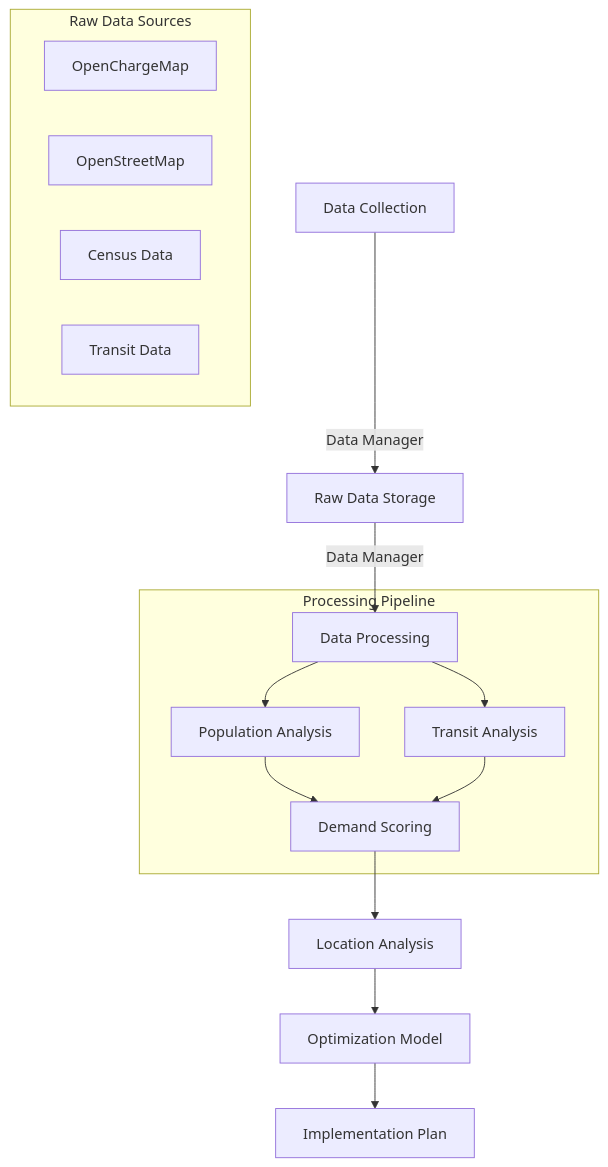
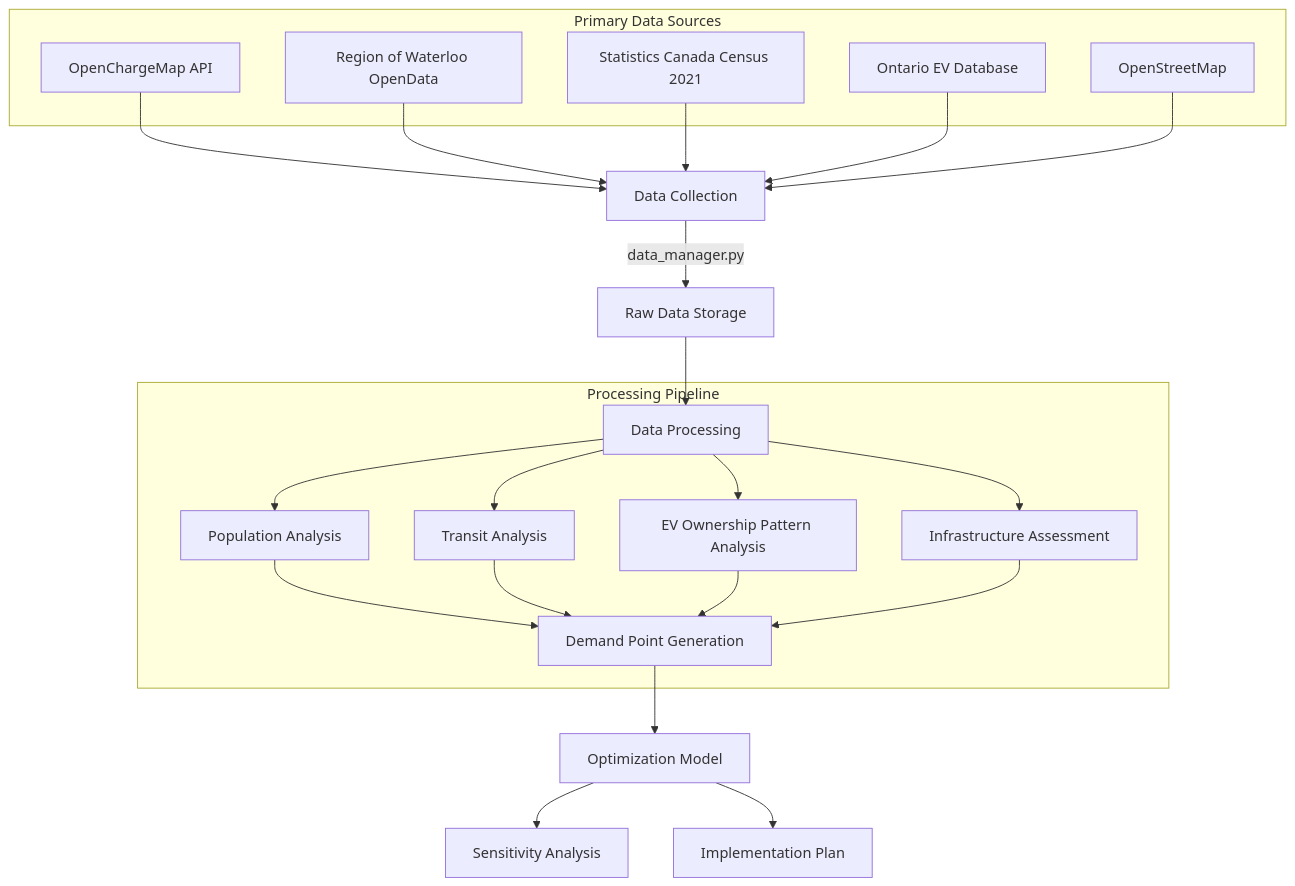
The first of 4 diagrams in README.md (jaxendutta/kwc-ev-charging-network-opt), drawn with Mermaid before and after one commit. The commit also changed other lines of this file and 3 other files, not shown here.

````diff
--- a/README.md
+++ b/README.md
@@ -254,23 +159,35 @@
 ```mermaid
 graph TD
-    A[Data Collection] -->|Data Manager| B[Raw Data Storage]
-    B --> |Data Manager| C[Data Processing]
+    A[Data Collection] -->|data_manager.py| B[Raw Data Storage]
+    B --> C[Data Processing]
     
-    subgraph "Raw Data Sources"
-        D1[OpenChargeMap]
-        D2[OpenStreetMap]
-        D3[Census Data]
-        D4[Transit Data]
+    subgraph "Primary Data Sources"
+        D1[OpenChargeMap API]
+        D2[Region of Waterloo OpenData]
+        D3[Statistics Canada Census 2021]
+        D4[Ontario EV Database]
+        D5[OpenStreetMap]
     end
+    
+    D1 --> A
+    D2 --> A
+    D3 --> A
+    D4 --> A
+    D5 --> A
     
     subgraph "Processing Pipeline"
         C --> E[Population Analysis]
         C --> F[Transit Analysis]
-        E --> G[Demand Scoring]
-        F --> G
+        C --> G[EV Ownership Pattern Analysis]
+        C --> H[Infrastructure Assessment]
+        
+        E --> I[Demand Point Generation]
+        F --> I
+        G --> I
+        H --> I
     end
     
-    G --> H[Location Analysis]
-    H --> I[Optimization Model]
-    I --> J[Implementation Plan]
+    I --> J[Optimization Model]
+    J --> K[Sensitivity Analysis]
+    J --> L[Implementation Plan]
 ```
````
